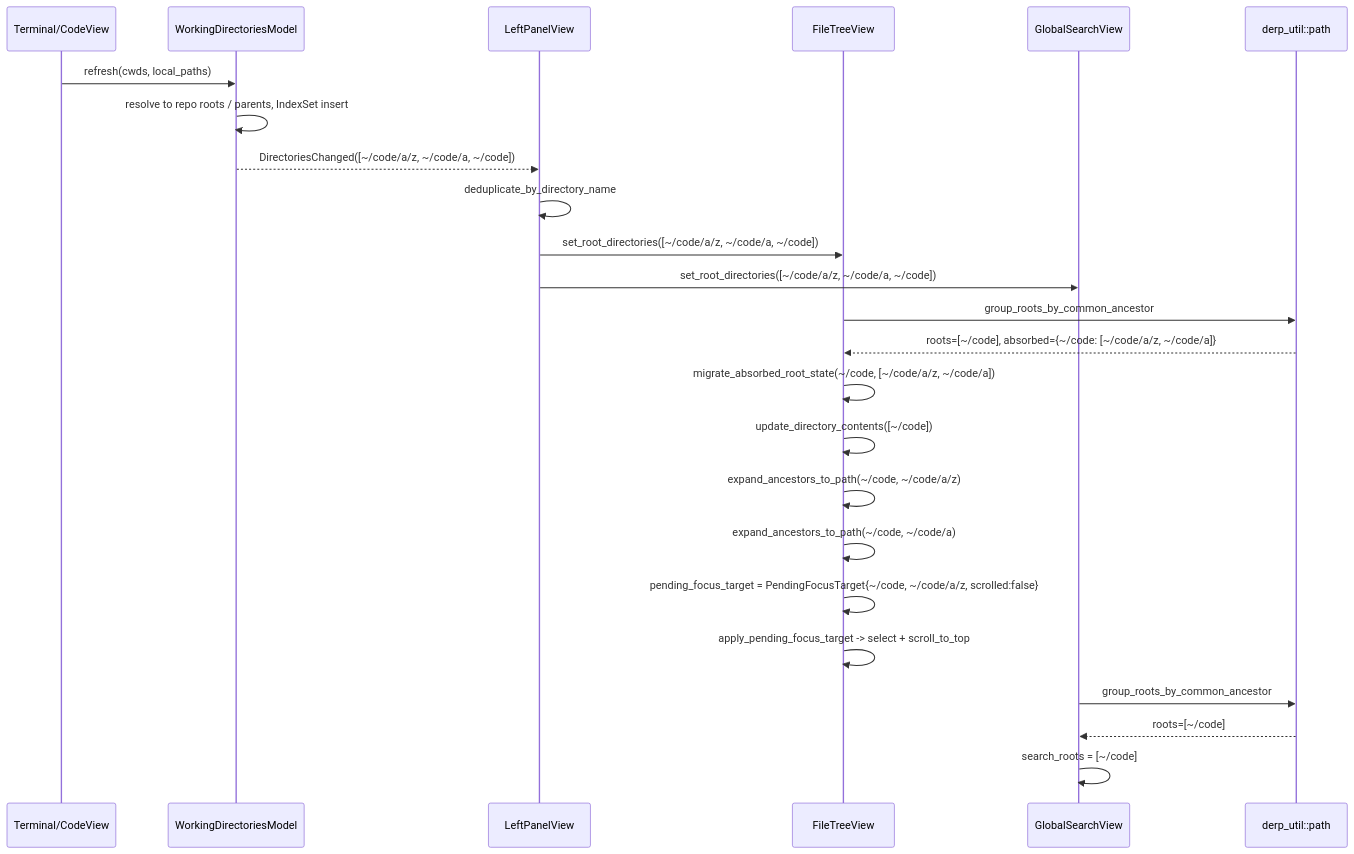
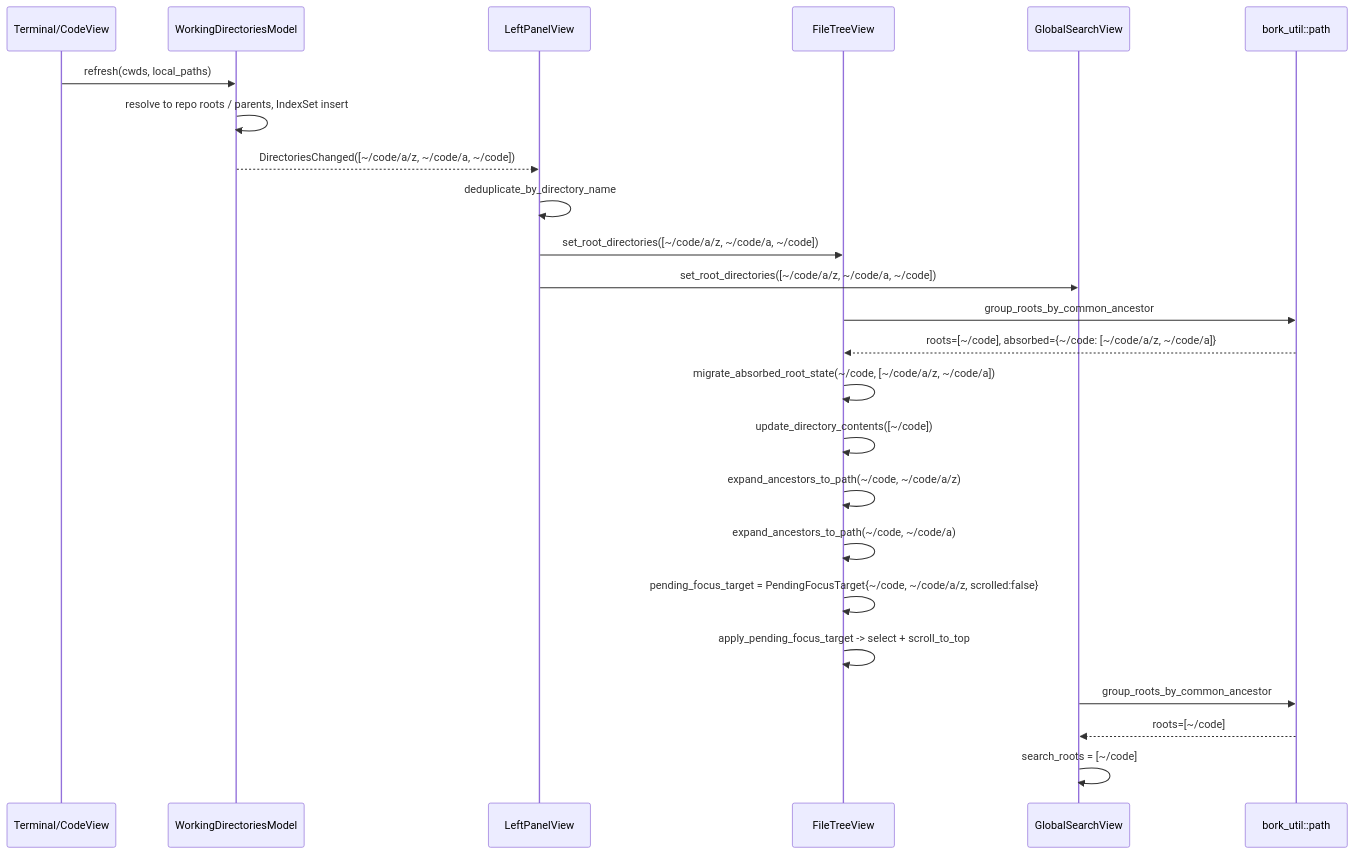
Before and after one commit to antikrust/krust-terminal: the diagram in specs/APP-4106/TECH.md, drawn with Mermaid. The commit also changed other lines of this file and 4477 other files, not shown here.

First line of the commit message:
Rebrand Derp -> Bork

````diff
--- a/specs/APP-4106/TECH.md
+++ b/specs/APP-4106/TECH.md
@@ -462,29 +462,29 @@
 ```mermaid
 sequenceDiagram
     participant Term as Terminal/CodeView
     participant WDM as WorkingDirectoriesModel
     participant LP as LeftPanelView
     participant FT as FileTreeView
     participant GS as GlobalSearchView
-    participant U as derp_util::path
+    participant U as bork_util::path
 
     Term->>WDM: refresh(cwds, local_paths)
     WDM->>WDM: resolve to repo roots / parents, IndexSet insert
     WDM-->>LP: DirectoriesChanged([~/code/a/z, ~/code/a, ~/code])
     LP->>LP: deduplicate_by_directory_name
     LP->>FT: set_root_directories([~/code/a/z, ~/code/a, ~/code])
     LP->>GS: set_root_directories([~/code/a/z, ~/code/a, ~/code])
 
     FT->>U: group_roots_by_common_ancestor
     U-->>FT: roots=[~/code], absorbed={~/code: [~/code/a/z, ~/code/a]}
     FT->>FT: migrate_absorbed_root_state(~/code, [~/code/a/z, ~/code/a])
     FT->>FT: update_directory_contents([~/code])
     FT->>FT: expand_ancestors_to_path(~/code, ~/code/a/z)
     FT->>FT: expand_ancestors_to_path(~/code, ~/code/a)
     FT->>FT: pending_focus_target = PendingFocusTarget{~/code, ~/code/a/z, scrolled:false}
     FT->>FT: apply_pending_focus_target -> select + scroll_to_top
 
     GS->>U: group_roots_by_common_ancestor
     U-->>GS: roots=[~/code]
     GS->>GS: search_roots = [~/code]
 ```
````
